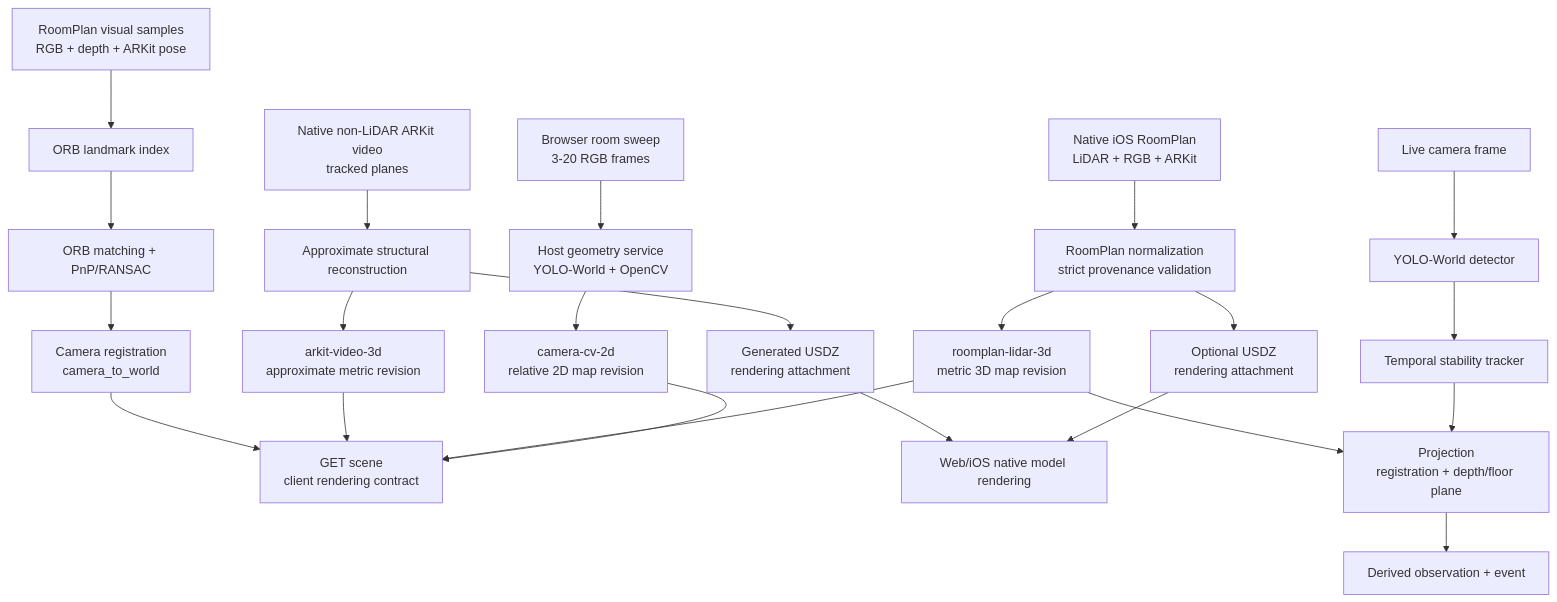
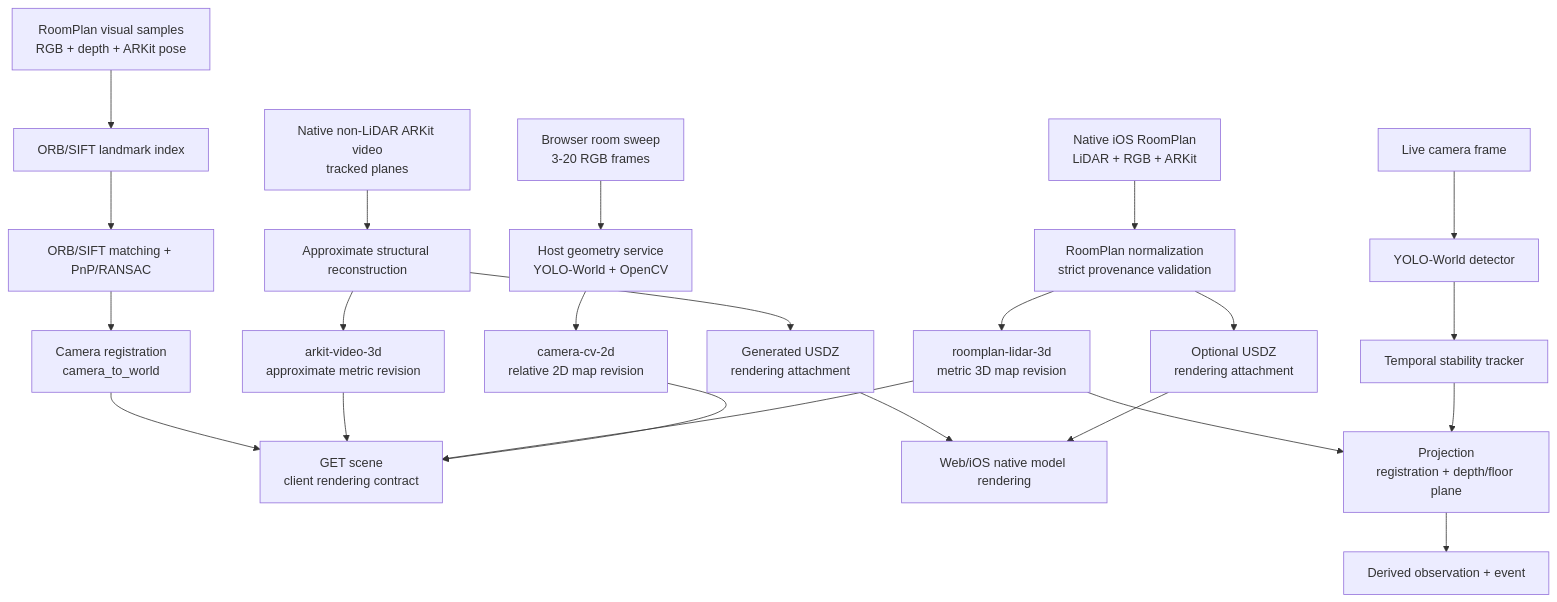
One commit to 0xbiel/one-docs changed the first of 3 diagrams in pages/api/spatial-vision.md. Above: the diagram before and after it, drawn with Mermaid. The commit also changed other lines of this file and 6 other files, not shown here.

````diff
--- a/pages/api/spatial-vision.md
+++ b/pages/api/spatial-vision.md
@@ -37,30 +37,30 @@
 ```mermaid
 flowchart TD
     rgbSweep[Browser room sweep\n3-20 RGB frames] --> geometryWorker[Host geometry service\nYOLO-World + OpenCV]
     geometryWorker --> map2d[camera-cv-2d\nrelative 2D map revision]
 
     lidar[Native iOS RoomPlan\nLiDAR + RGB + ARKit] --> normalize[RoomPlan normalization\nstrict provenance validation]
     normalize --> map3d[roomplan-lidar-3d\nmetric 3D map revision]
     normalize --> usdz[Optional USDZ\nrendering attachment]
 
     arkitVideo[Native non-LiDAR ARKit video\ntracked planes] --> arkitReconstruct[Approximate structural reconstruction]
     arkitReconstruct --> arkit3d[arkit-video-3d\napproximate metric revision]
     arkitReconstruct --> arkitUsdz[Generated USDZ\nrendering attachment]
 
     map2d --> scene[GET scene\nclient rendering contract]
     map3d --> scene
     arkit3d --> scene
     usdz --> render[Web/iOS native model rendering]
     arkitUsdz --> render
 
-    scanSamples[RoomPlan visual samples\nRGB + depth + ARKit pose] --> landmarks[ORB landmark index]
-    landmarks --> localization[ORB matching + PnP/RANSAC]
+    scanSamples[RoomPlan visual samples\nRGB + depth + ARKit pose] --> landmarks[ORB/SIFT landmark index]
+    landmarks --> localization[ORB/SIFT matching + PnP/RANSAC]
     localization --> registration[Camera registration\ncamera_to_world]
     registration --> scene
 
     liveFrame[Live camera frame] --> detector[YOLO-World detector]
     detector --> tracker[Temporal stability tracker]
     tracker --> projection[Projection\nregistration + depth/floor plane]
     projection --> observation[Derived observation + event]
     map3d --> projection
 ```
````
